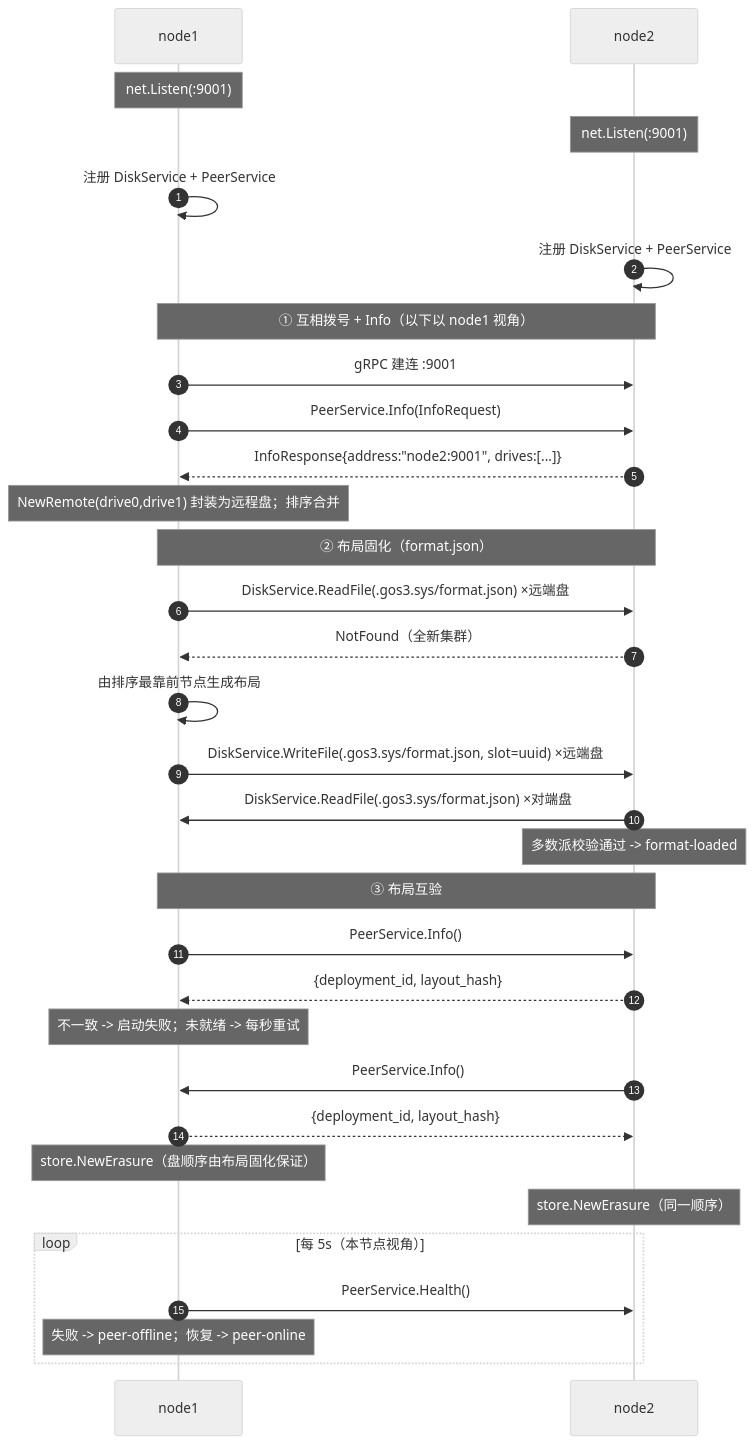
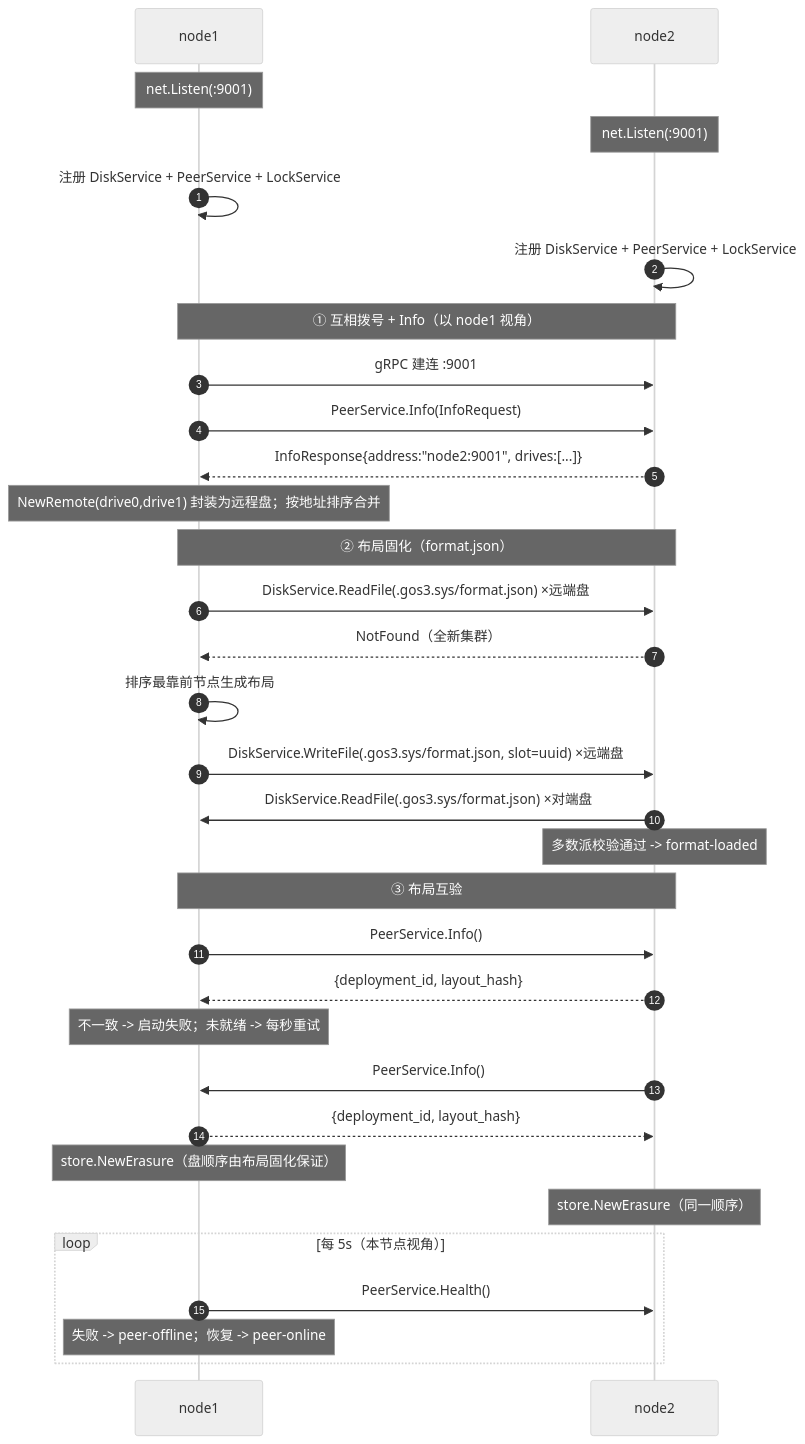
One commit to KeXingJian/gos3 changed the second of 6 diagrams in docs/cluster-communication.md. Above: the diagram before and after it, drawn with Mermaid (neutral theme). The commit also changed other lines of this file and 4 other files, not shown here.

````diff
--- a/docs/cluster-communication.md
+++ b/docs/cluster-communication.md
@@ -80,40 +93,40 @@
 ```mermaid
 sequenceDiagram
     autonumber
     participant N1 as node1
     participant N2 as node2
 
     Note over N1: net.Listen(:9001)
     Note over N2: net.Listen(:9001)
-    N1->>N1: 注册 DiskService + PeerService
-    N2->>N2: 注册 DiskService + PeerService
+    N1->>N1: 注册 DiskService + PeerService + LockService
+    N2->>N2: 注册 DiskService + PeerService + LockService
 
-    Note over N1,N2: ① 互相拨号 + Info（以下以 node1 视角）
+    Note over N1,N2: ① 互相拨号 + Info（以 node1 视角）
     N1->>N2: gRPC 建连 :9001
     N1->>N2: PeerService.Info(InfoRequest)
     N2-->>N1: InfoResponse{address:"node2:9001", drives:[...]}
-    Note over N1: NewRemote(drive0,drive1) 封装为远程盘；排序合并
+    Note over N1: NewRemote(drive0,drive1) 封装为远程盘；按地址排序合并
 
     Note over N1,N2: ② 布局固化（format.json）
     N1->>N2: DiskService.ReadFile(.gos3.sys/format.json) ×远端盘
     N2-->>N1: NotFound（全新集群）
-    N1->>N1: 由排序最靠前节点生成布局
+    N1->>N1: 排序最靠前节点生成布局
     N1->>N2: DiskService.WriteFile(.gos3.sys/format.json, slot=uuid) ×远端盘
     N2->>N1: DiskService.ReadFile(.gos3.sys/format.json) ×对端盘
     Note over N2: 多数派校验通过 -> format-loaded
 
     Note over N1,N2: ③ 布局互验
     N1->>N2: PeerService.Info()
     N2-->>N1: {deployment_id, layout_hash}
     Note over N1: 不一致 -> 启动失败；未就绪 -> 每秒重试
     N2->>N1: PeerService.Info()
     N1-->>N2: {deployment_id, layout_hash}
 
     Note over N1: store.NewErasure（盘顺序由布局固化保证）
     Note over N2: store.NewErasure（同一顺序）
 
     loop 每 5s（本节点视角）
         N1->>N2: PeerService.Health()
         Note over N1: 失败 -> peer-offline；恢复 -> peer-online
     end
 ```
````
